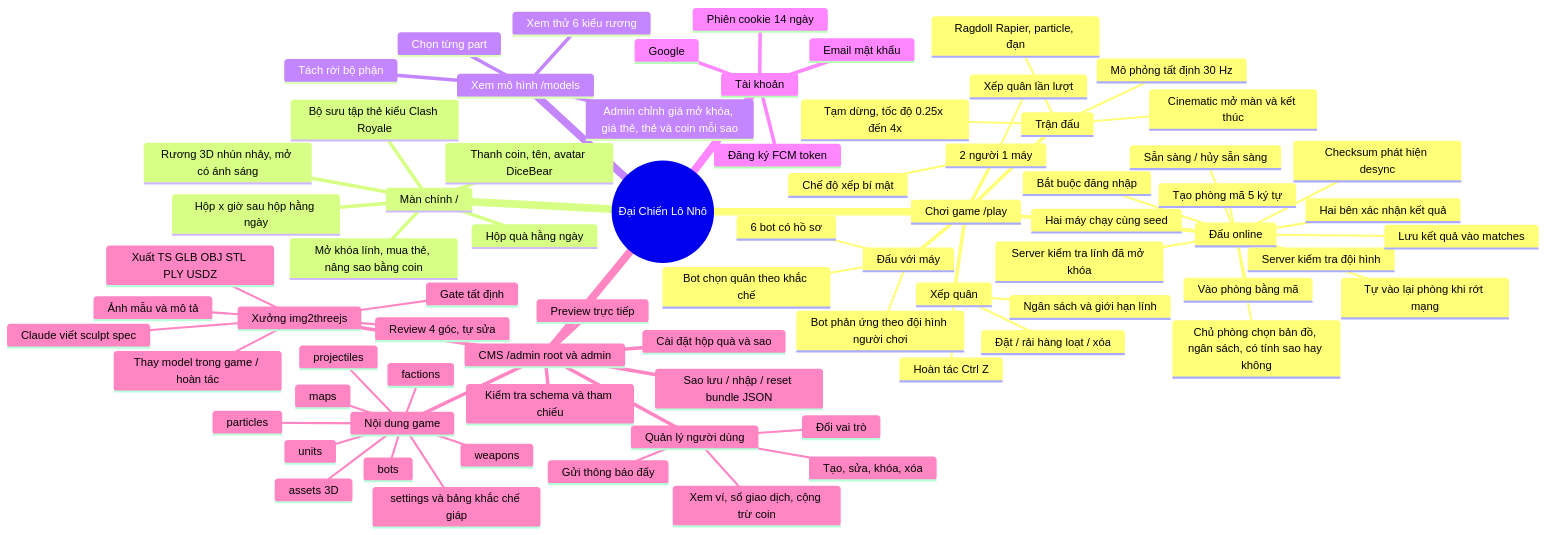
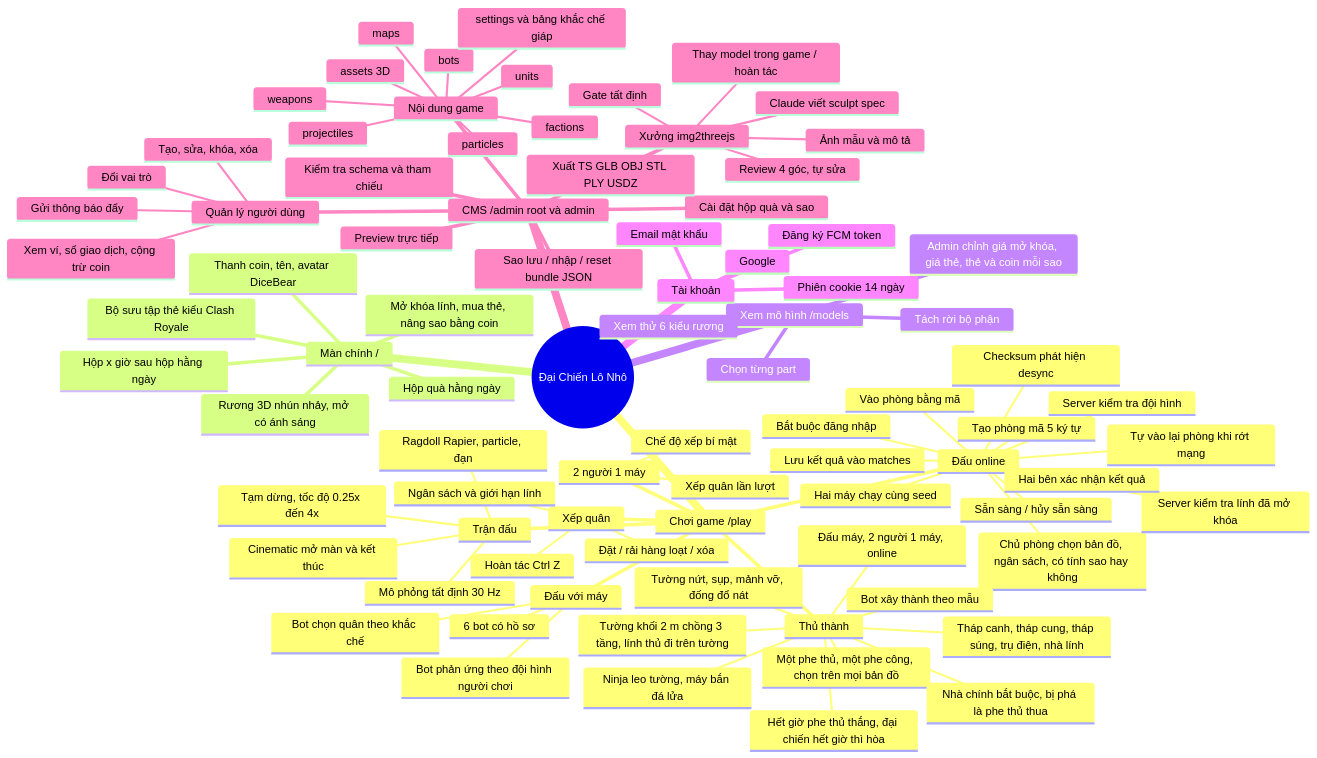
The second of 11 diagrams in docs/ARCHITECTURE.md (lualua0909/simulator-battle-webgame), drawn with Mermaid before and after one commit. The commit also changed 32 other files, not shown here.

```diff
--- a/docs/ARCHITECTURE.md
+++ b/docs/ARCHITECTURE.md
@@ -107,6 +107,16 @@
         Đặt / rải hàng loạt / xóa
         Hoàn tác Ctrl Z
         Ngân sách và giới hạn lính
+      Thủ thành
+        Đấu máy, 2 người 1 máy, online
+        Một phe thủ, một phe công, chọn trên mọi bản đồ
+        Nhà chính bắt buộc, bị phá là phe thủ thua
+        Hết giờ phe thủ thắng, đại chiến hết giờ thì hòa
+        Tường khối 2 m chồng 3 tầng, lính thủ đi trên tường
+        Tháp canh, tháp cung, tháp súng, trụ điện, nhà lính
+        Ninja leo tường, máy bắn đá lửa
+        Bot xây thành theo mẫu
+        Tường nứt, sụp, mảnh vỡ, đống đổ nát
       Trận đấu
         Mô phỏng tất định 30 Hz
         Tạm dừng, tốc độ 0.25x đến 4x
```
